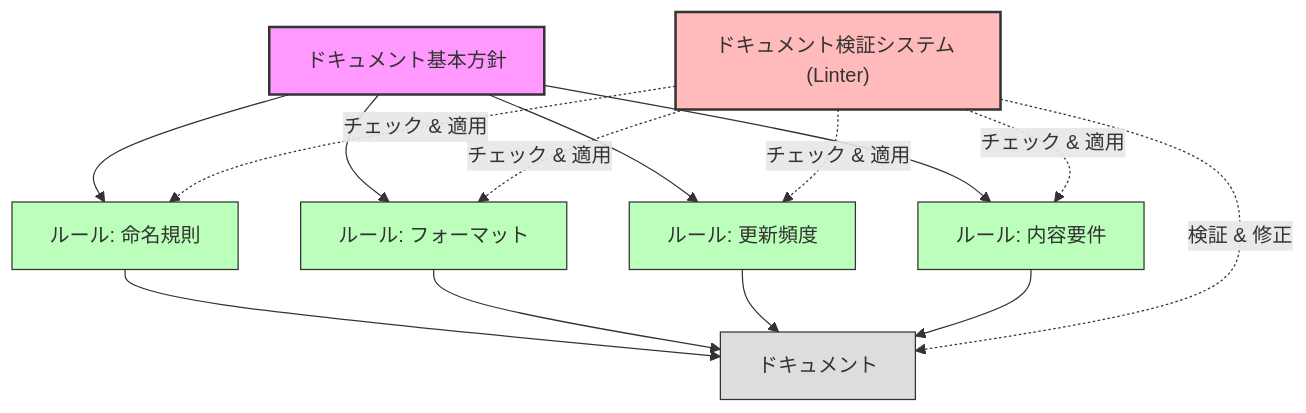
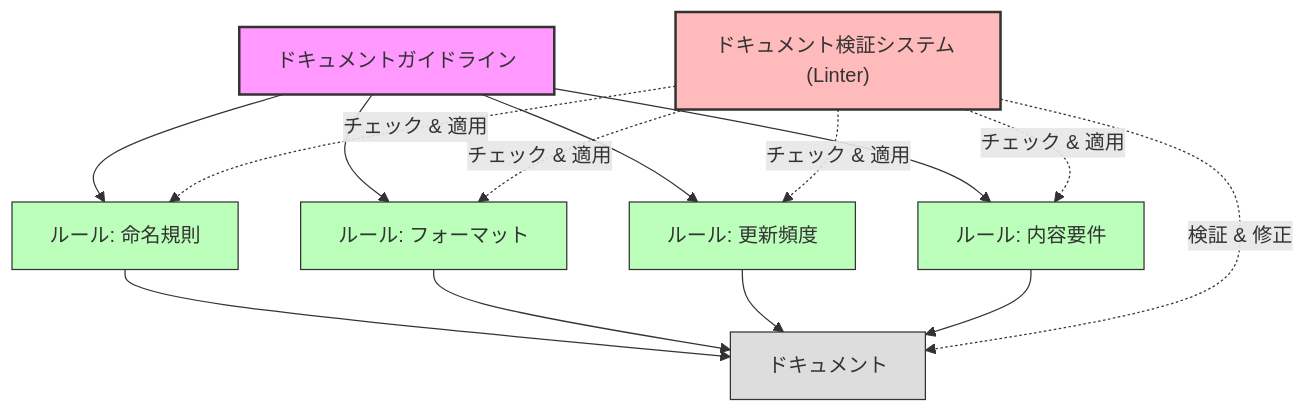
The first of 2 diagrams in Guideline.md (ToyB0x/ai-coding-rules), drawn with Mermaid before and after one commit. The commit also changed other lines of this file and 1 other file, not shown here.

````diff
--- a/Guideline.md
+++ b/Guideline.md
@@ -7,27 +7,27 @@
 ```mermaid
 graph TD
-  A["ドキュメント基本方針"] --> C1["ルール: 命名規則"]
+  A["ドキュメントガイドライン"] --> C1["ルール: 命名規則"]
   A --> C2["ルール: フォーマット"]
   A --> C3["ルール: 更新頻度"]
   A --> C4["ルール: 内容要件"]
   
   D["ドキュメント検証システム (Linter)"] -.-> |"チェック & 適用"| C1
   D -.-> |"チェック & 適用"| C2
   D -.-> |"チェック & 適用"| C3
   D -.-> |"チェック & 適用"| C4
   
   C1 --> E1["ドキュメント"]
   C2 --> E1
   C3 --> E1
   C4 --> E1
   
   D -.-> |"検証 & 修正"| E1
   
   style A fill:#f9f,stroke:#333,stroke-width:2px
   style C1 fill:#bfb,stroke:#333,stroke-width:1px
   style C2 fill:#bfb,stroke:#333,stroke-width:1px
   style C3 fill:#bfb,stroke:#333,stroke-width:1px
   style C4 fill:#bfb,stroke:#333,stroke-width:1px
   style D fill:#fbb,stroke:#333,stroke-width:2px
   style E1 fill:#ddd,stroke:#333,stroke-width:1px
 ```
````
